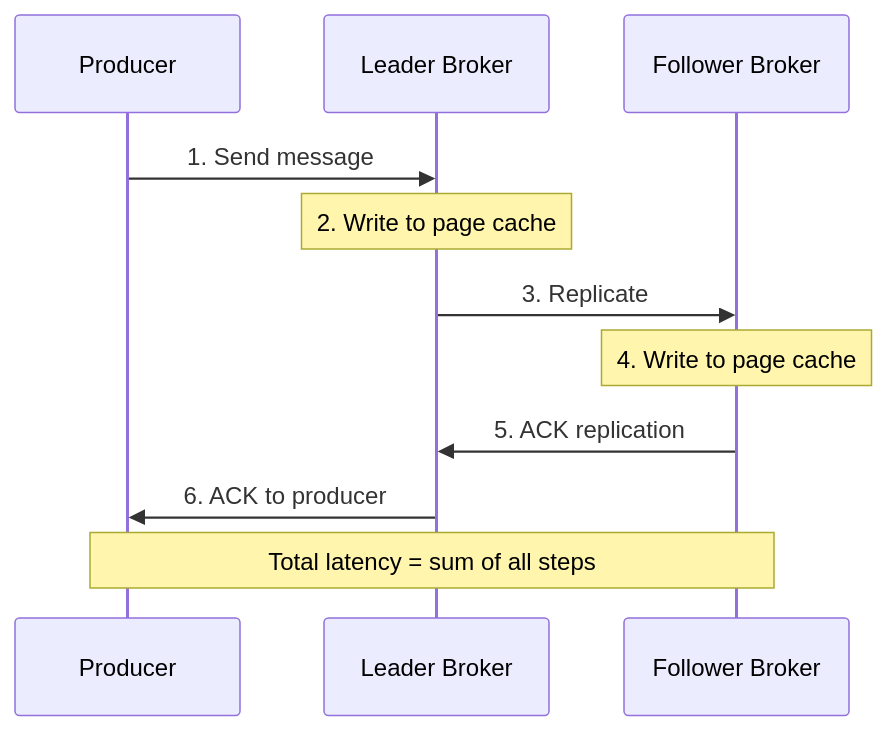
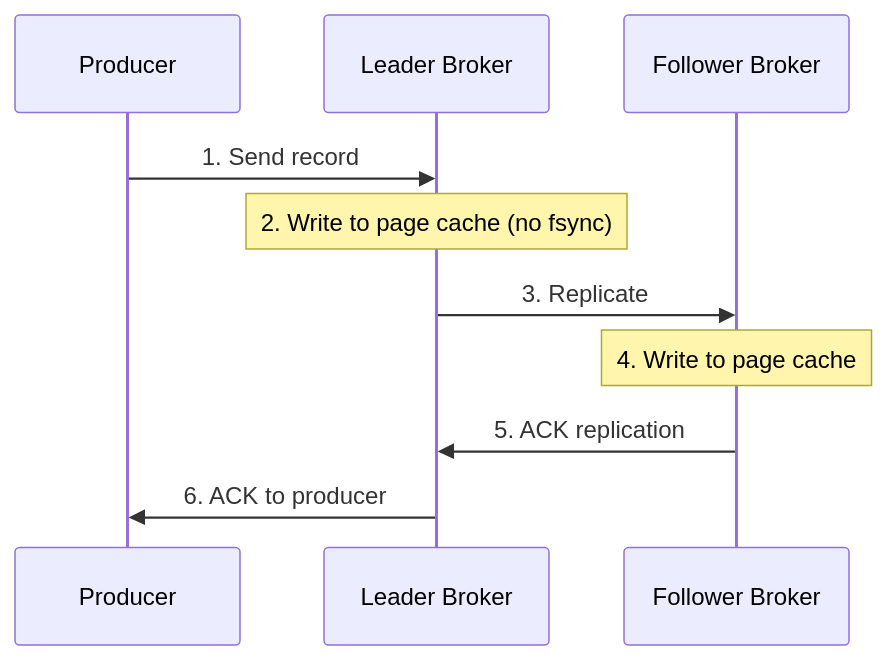
Before and after one commit to bmscomp/kates: the first of 2 diagrams in docs/book/04-performance-theory.md, drawn with Mermaid. The commit also changed other lines of this file and 52 other files, not shown here.

````diff
--- a/docs/book/04-performance-theory.md
+++ b/docs/book/04-performance-theory.md
@@ -61,18 +33,16 @@
 ```mermaid
 %%| label: fig-perf-acks-all-latency-path
-%%| fig-cap: "End-to-end producer latency with `acks=all` spans six network and page-cache hops across the leader and follower brokers."
-%%| fig-alt: "Sequence diagram across Producer, Leader Broker, and Follower Broker. Step 1: Producer sends message to Leader. Step 2: Leader writes to page cache. Step 3: Leader replicates to Follower. Step 4: Follower writes to page cache. Step 5: Follower sends replication ACK to Leader. Step 6: Leader sends ACK to Producer. Total latency equals the sum of all six steps."
+%%| fig-cap: "With `acks=all`, a write's latency spans six hops across the leader and follower brokers, and every hop is a place to wait."
+%%| fig-alt: "Sequence diagram across Producer, Leader Broker, and Follower Broker. Step 1: Producer sends the record to the Leader. Step 2: Leader writes it to the page cache, with no fsync. Step 3: Leader replicates to the Follower. Step 4: Follower writes it to its page cache. Step 5: Follower acknowledges replication to the Leader. Step 6: Leader acknowledges the Producer."
 sequenceDiagram
     participant Producer
     participant Leader as Leader Broker
     participant Follower as Follower Broker
     
-    Producer->>Leader: 1. Send message
-    Note over Leader: 2. Write to page cache
+    Producer->>Leader: 1. Send record
+    Note over Leader: 2. Write to page cache (no fsync)
     Leader->>Follower: 3. Replicate
     Note over Follower: 4. Write to page cache
     Follower->>Leader: 5. ACK replication
     Leader->>Producer: 6. ACK to producer
-    
-    Note over Producer,Follower: Total latency = sum of all steps
 ```
````
